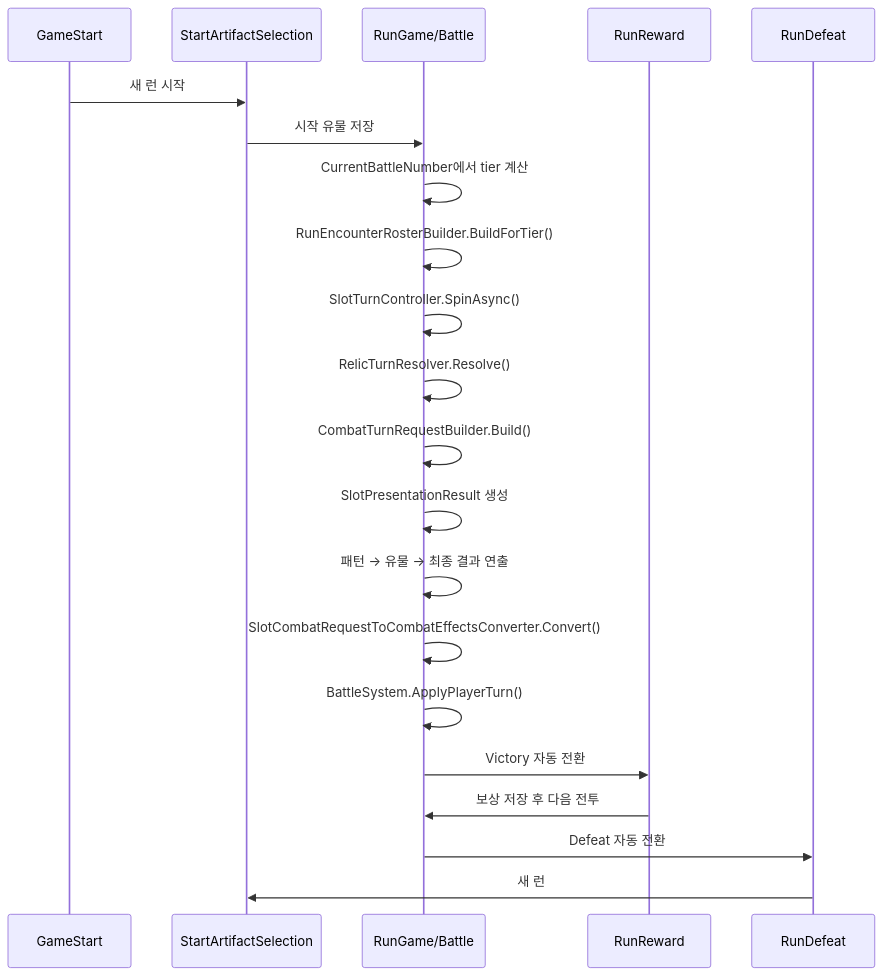
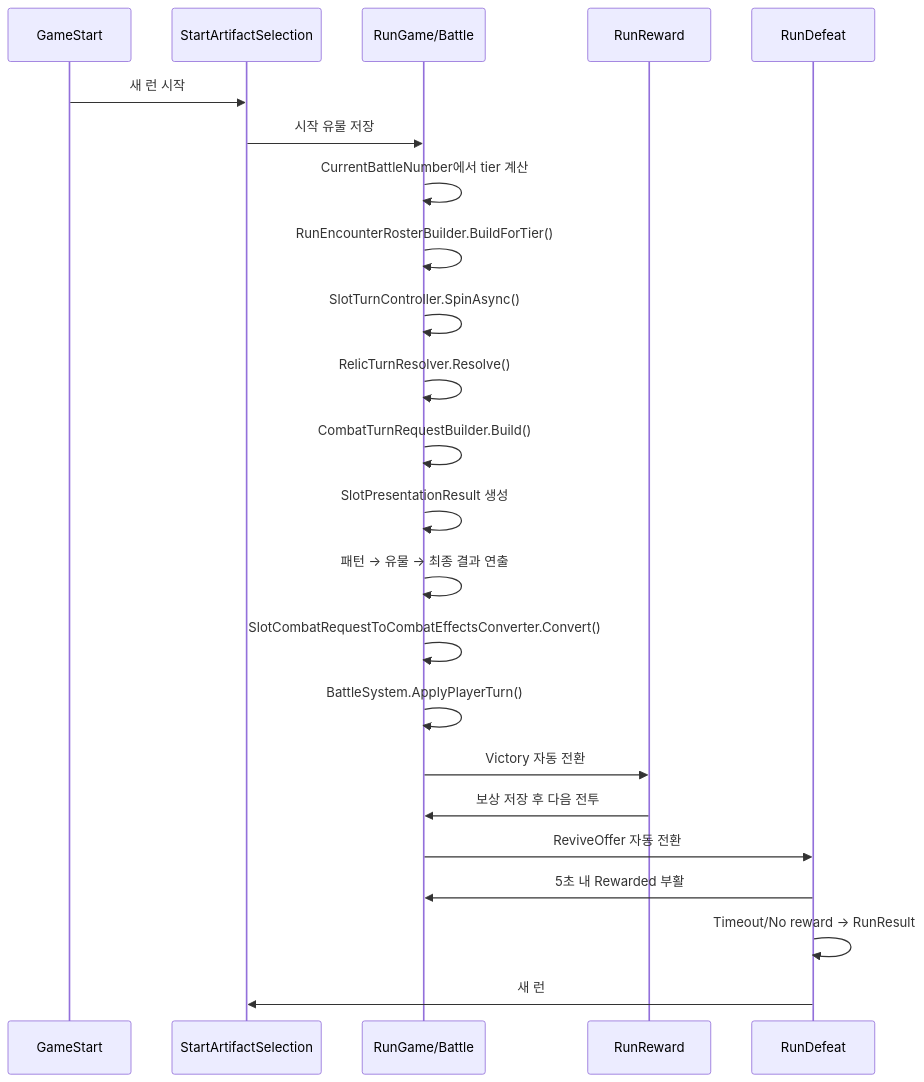
Before and after one commit to YooKyubin/SlotRogue: the diagram in docs/design-docs/game-flow.md, drawn with Mermaid. The commit also changed other lines of this file and 26 other files, not shown here.

````diff
--- a/docs/design-docs/game-flow.md
+++ b/docs/design-docs/game-flow.md
@@ -37,23 +40,25 @@
 ```mermaid
 sequenceDiagram
     participant Start as GameStart
     participant Artifact as StartArtifactSelection
     participant Battle as RunGame/Battle
     participant Reward as RunReward
     participant Defeat as RunDefeat
     Start->>Artifact: 새 런 시작
     Artifact->>Battle: 시작 유물 저장
     Battle->>Battle: CurrentBattleNumber에서 tier 계산
     Battle->>Battle: RunEncounterRosterBuilder.BuildForTier()
     Battle->>Battle: SlotTurnController.SpinAsync()
     Battle->>Battle: RelicTurnResolver.Resolve()
     Battle->>Battle: CombatTurnRequestBuilder.Build()
     Battle->>Battle: SlotPresentationResult 생성
     Battle->>Battle: 패턴 → 유물 → 최종 결과 연출
     Battle->>Battle: SlotCombatRequestToCombatEffectsConverter.Convert()
     Battle->>Battle: BattleSystem.ApplyPlayerTurn()
     Battle->>Reward: Victory 자동 전환
     Reward->>Battle: 보상 저장 후 다음 전투
-    Battle->>Defeat: Defeat 자동 전환
+    Battle->>Defeat: ReviveOffer 자동 전환
+    Defeat->>Battle: 5초 내 Rewarded 부활
+    Defeat->>Defeat: Timeout/No reward → RunResult
     Defeat->>Artifact: 새 런
 ```
````
